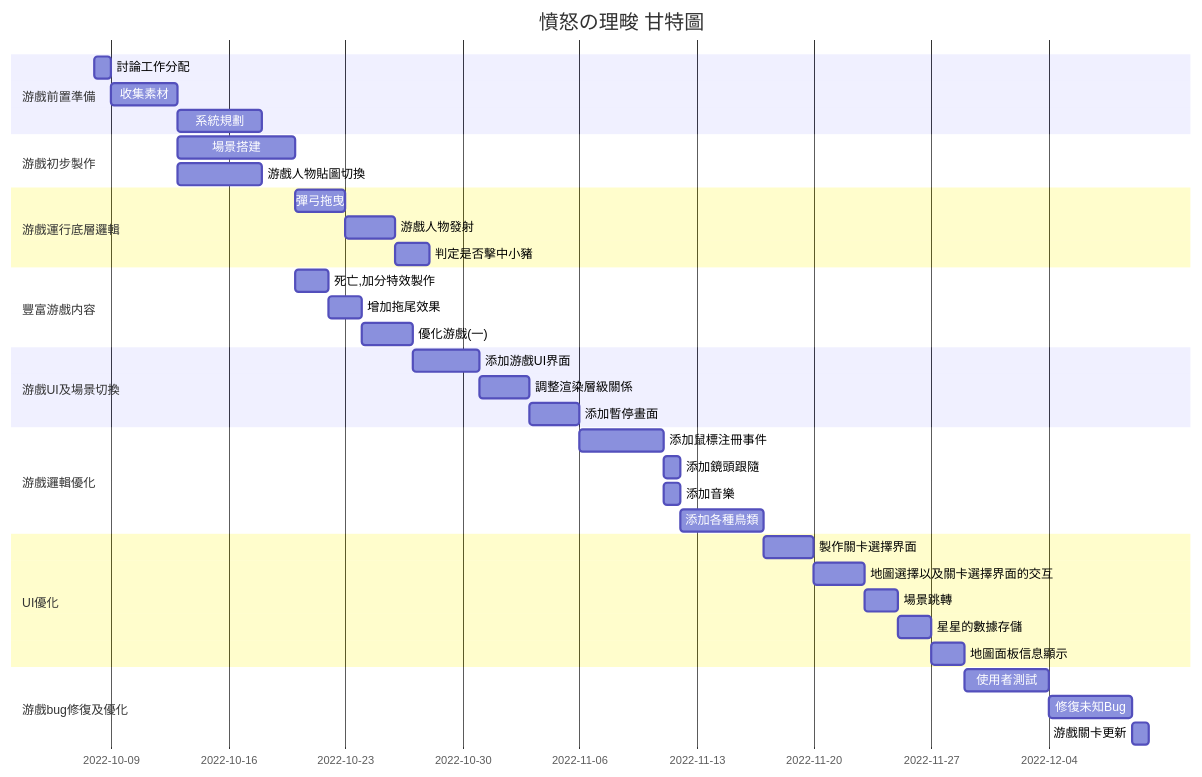
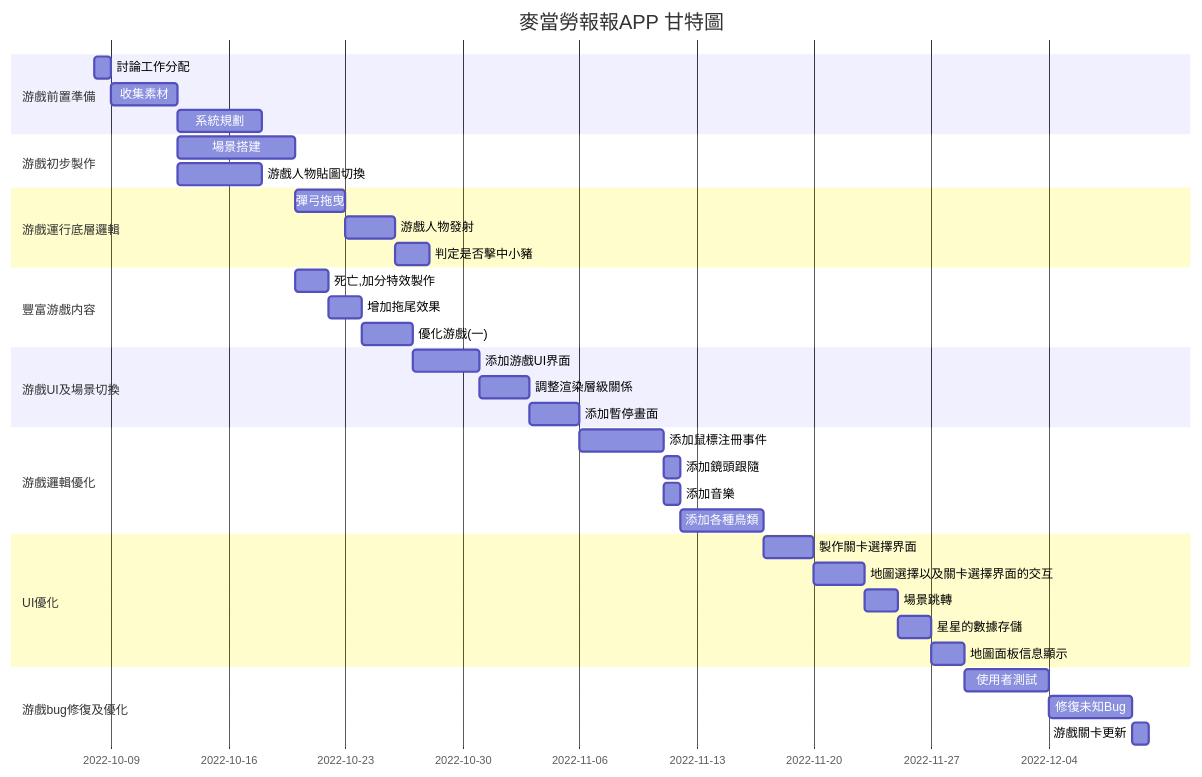
One commit to noman248/teamhw changed the diagram in README.md. Above: the diagram before and after it, drawn with Mermaid.

````diff
--- a/README.md
+++ b/README.md
@@ -30,39 +30,39 @@
 ```mermaid
 gantt
-    title 憤怒の理畯 甘特圖
+    title 麥當勞報報APP 甘特圖
     dateFormat  YYYY-MM-DD
     section 游戲前置準備
     討論工作分配           :a1, 2022-10-08, 1d
     收集素材     :a2, after a1  , 4d
     系統規劃     :a3, after a2  , 5d
     section 游戲初步製作
     場景搭建      :a4, after a2  , 7d
     游戲人物貼圖切換      :a5, after a2  , 5d
     section 游戲運行底層邏輯
     彈弓拖曳      :a6, after a4  , 3d
     游戲人物發射      :a7, after a6  , 3d
     判定是否擊中小豬      :a8, after a7, 2d
     section 豐富游戲内容
     死亡,加分特效製作     :a9, after a4, 2d
     增加拖尾效果      :a10, after a9, 2d
     優化游戲(一)     :a11, after a10, 3d
     section 游戲UI及場景切換
     添加游戲UI界面      :a12, after a11, 4d
     調整渲染層級關係      :a13, after a12, 3d
     添加暫停畫面      :a14, after a13, 3d
     section 游戲邏輯優化
     添加鼠標注冊事件      :a15, after a14, 5d
     添加鏡頭跟隨      :a16, after a15, 1d
     添加音樂      :a17, after a15, 1d
     添加各種鳥類      :a18, after a17, 5d
     section UI優化
     製作關卡選擇界面      :a19, after a18, 3d
     地圖選擇以及關卡選擇界面的交互     :a20, after a19, 3d
     場景跳轉       :a21, after a20, 2d
     星星的數據存儲     :a22, after a21, 2d
     地圖面板信息顯示      :a23, after a22, 2d
     section 游戲bug修復及優化
     使用者測試     :a24, after a23, 5d
     修復未知Bug     :a25, after a24, 5d
     游戲關卡更新      :a26, after a25,1d
 ```
````
